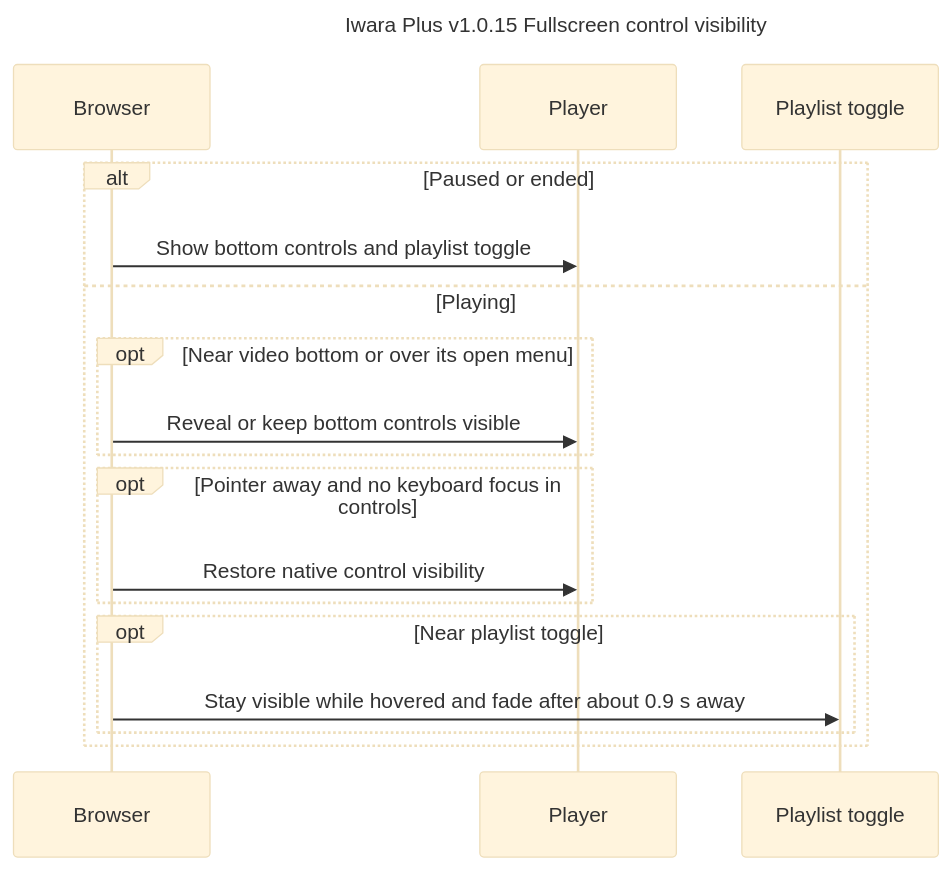
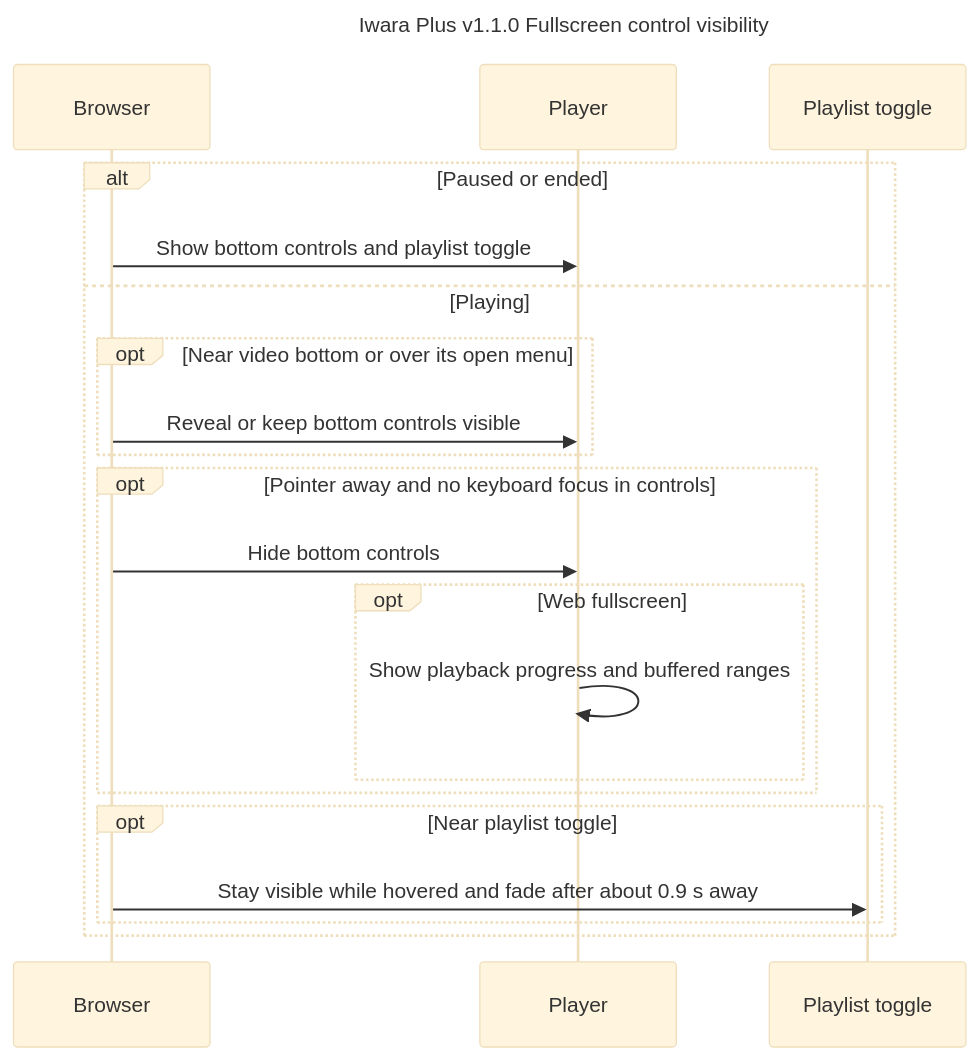
The sixth of 6 diagrams in docs/architecture.md (lhYanghc/iwara-plus), drawn with Mermaid (base theme) before and after one commit. The commit also changed other lines of this file and 9 other files, not shown here.

Commit message:
Release 1.1.0 with web fullscreen and Iwara AI support

````diff
--- a/docs/architecture.md
+++ b/docs/architecture.md
@@ -193,22 +197,25 @@
 ```mermaid
 ---
-title: Iwara Plus v1.0.15 Fullscreen control visibility
+title: Iwara Plus v1.1.0 Fullscreen control visibility
 ---
 sequenceDiagram
     participant B as Browser
     participant P as Player
     participant S as Playlist toggle
     alt Paused or ended
         B->>P: Show bottom controls and playlist toggle
     else Playing
         opt Near video bottom or over its open menu
             B->>P: Reveal or keep bottom controls visible
         end
         opt Pointer away and no keyboard focus in controls
-            B->>P: Restore native control visibility
+            B->>P: Hide bottom controls
+            opt Web fullscreen
+                P->>P: Show playback progress and buffered ranges
+            end
         end
         opt Near playlist toggle
             B->>S: Stay visible while hovered and fade after about 0.9 s away
         end
     end
 ```
````
